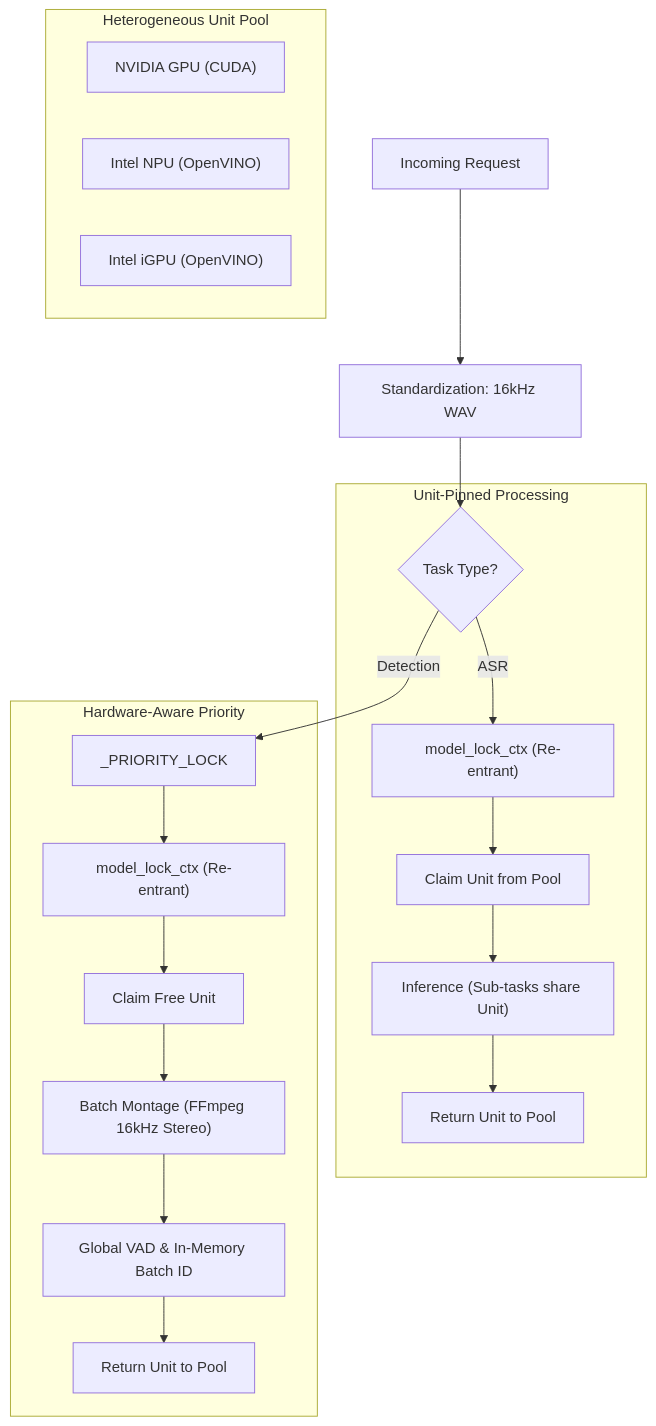
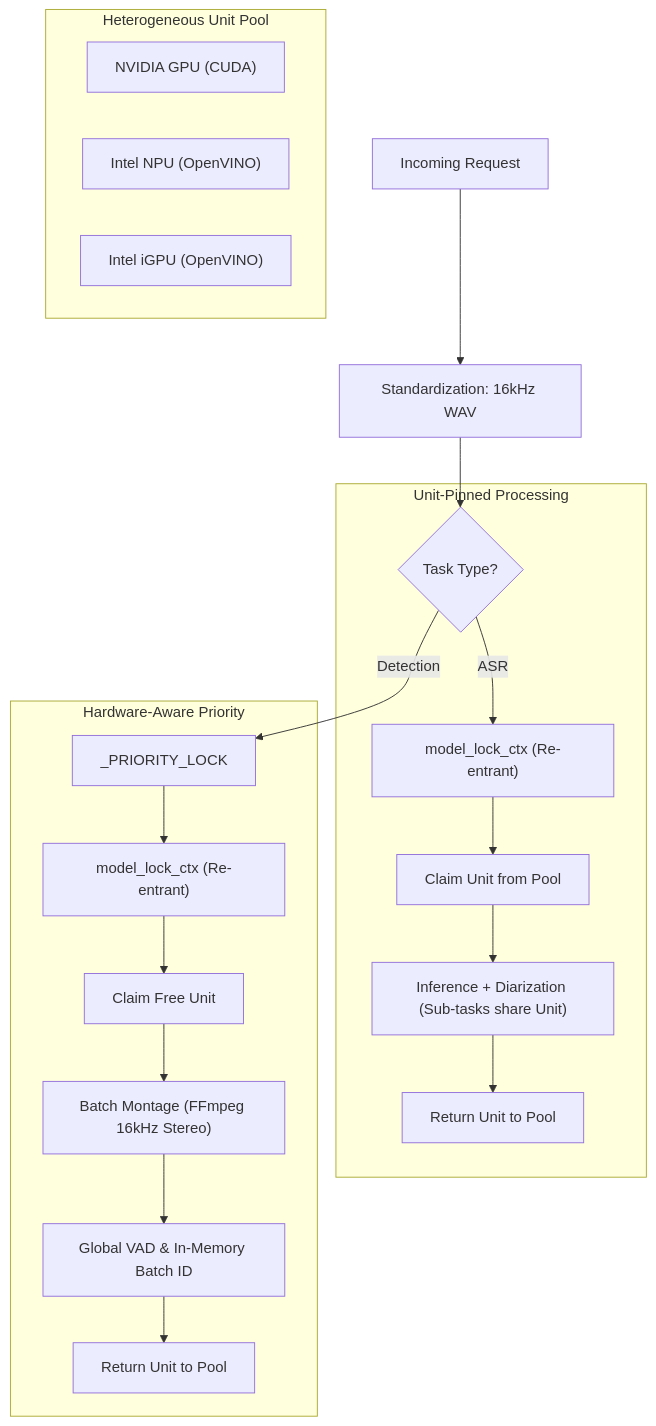
Before and after one commit to AmirulAndalib/Whisper-Pro-ASR: the diagram in docs/CONCURRENCY.md, drawn with Mermaid. The commit also changed other lines of this file and 41 other files, not shown here.

````diff
--- a/docs/CONCURRENCY.md
+++ b/docs/CONCURRENCY.md
@@ -22,27 +23,27 @@
 ```mermaid
 graph TD
     REQ["Incoming Request"] --> STD["Standardization: 16kHz WAV"]
     STD --> TYPE{"Task Type?"}
     
     subgraph POOL ["Heterogeneous Unit Pool"]
     SLOT1["NVIDIA GPU (CUDA)"]
     SLOT2["Intel NPU (OpenVINO)"]
     SLOT3["Intel iGPU (OpenVINO)"]
     end
  
     subgraph TRANS_FLOW ["Unit-Pinned Processing"]
     TYPE -->|ASR| ALOCK["model_lock_ctx (Re-entrant)"]
     ALOCK --> CLAIM1["Claim Unit from Pool"]
-    CLAIM1 --> AEXEC["Inference (Sub-tasks share Unit)"]
+    CLAIM1 --> AEXEC["Inference + Diarization (Sub-tasks share Unit)"]
     AEXEC --> REL1["Return Unit to Pool"]
     end
  
     subgraph PRIO_FLOW ["Hardware-Aware Priority"]
     TYPE -->|Detection| PLOCK["_PRIORITY_LOCK"]
     PLOCK --> DLOCK["model_lock_ctx (Re-entrant)"]
     DLOCK --> CLAIM2["Claim Free Unit"]
     CLAIM2 --> MONTAGE["Batch Montage (FFmpeg 16kHz Stereo)"]
     MONTAGE --> DEXEC["Global VAD & In-Memory Batch ID"]
     DEXEC --> REL2["Return Unit to Pool"]
     end
 ```
````
